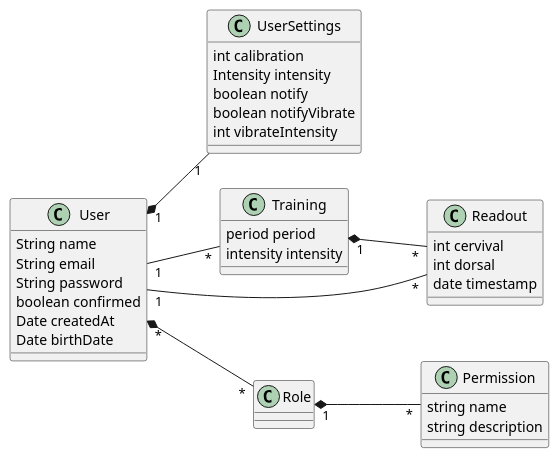
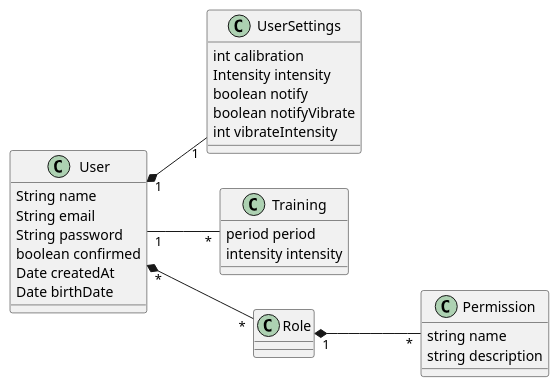
The diagram in domain-model/user.plantuml (TCC-Vertebral-Column-Monitor/doc), drawn with PlantUML before and after one commit. The commit also changed 1 other file, not shown here.

Commit message:
remove readout

```diff
--- a/domain-model/user.plantuml
+++ b/domain-model/user.plantuml
@@ -1,44 +1,37 @@
 @startuml
 left to right direction 
 
 User "1" *-- "1" UserSettings
 User "1" -- "*"  Training 
-User "1" -- "*" Readout
-Training "1" *-- "*" Readout
 Role "1" *-- "*" Permission 
 User "*" *-- "*" Role 
 class User{
     String name
     String email
     String password
     boolean confirmed
     Date createdAt
     Date birthDate 
   }
 
 class Role {
     
   }
 
 class Permission{
     string name 
     string description 
   }
 
 class UserSettings{
     int calibration 
     Intensity intensity
     boolean notify
     boolean notifyVibrate
     int vibrateIntensity
   }
 class Training{
     period period 
     intensity intensity
   }
-class Readout{
-    int cervival
-    int dorsal
-    date timestamp
-  }
 @enduml
```
